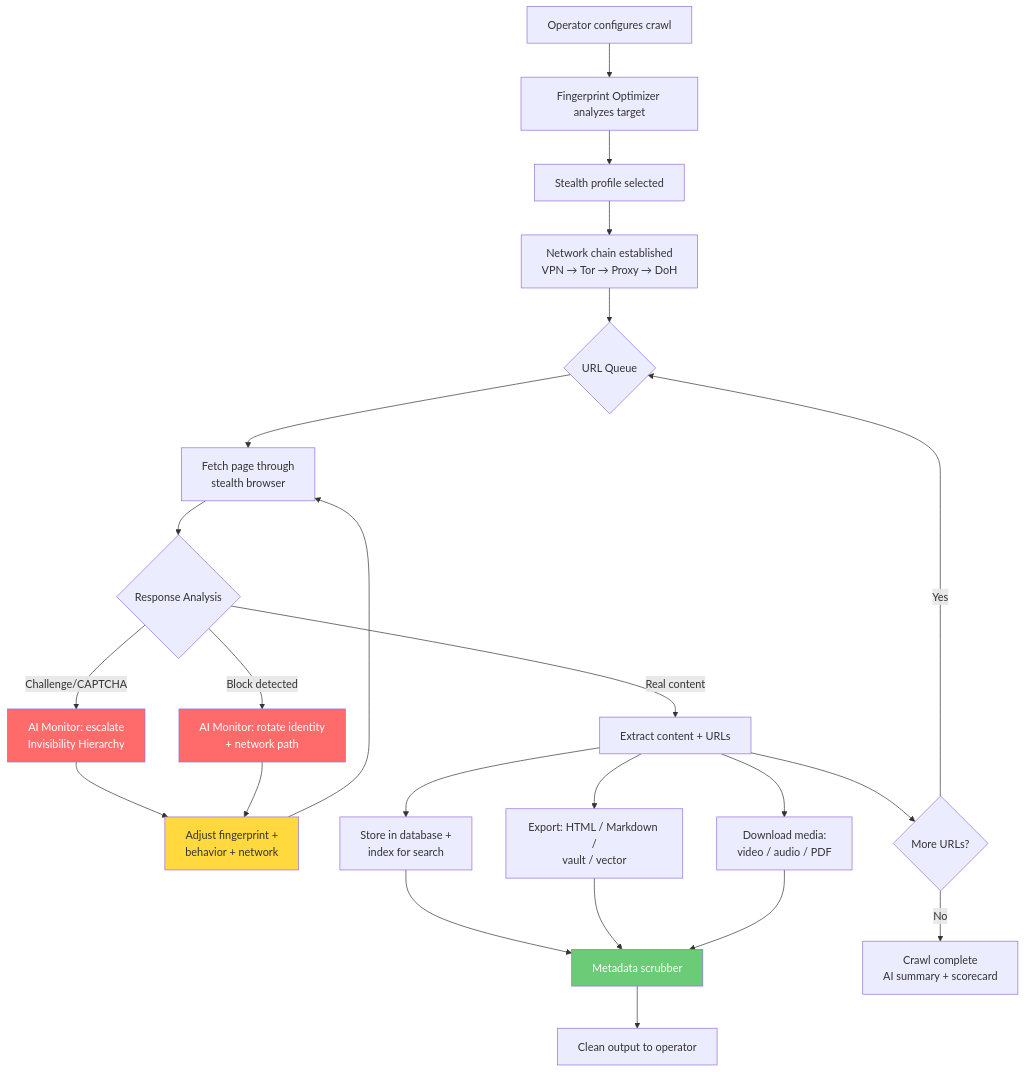
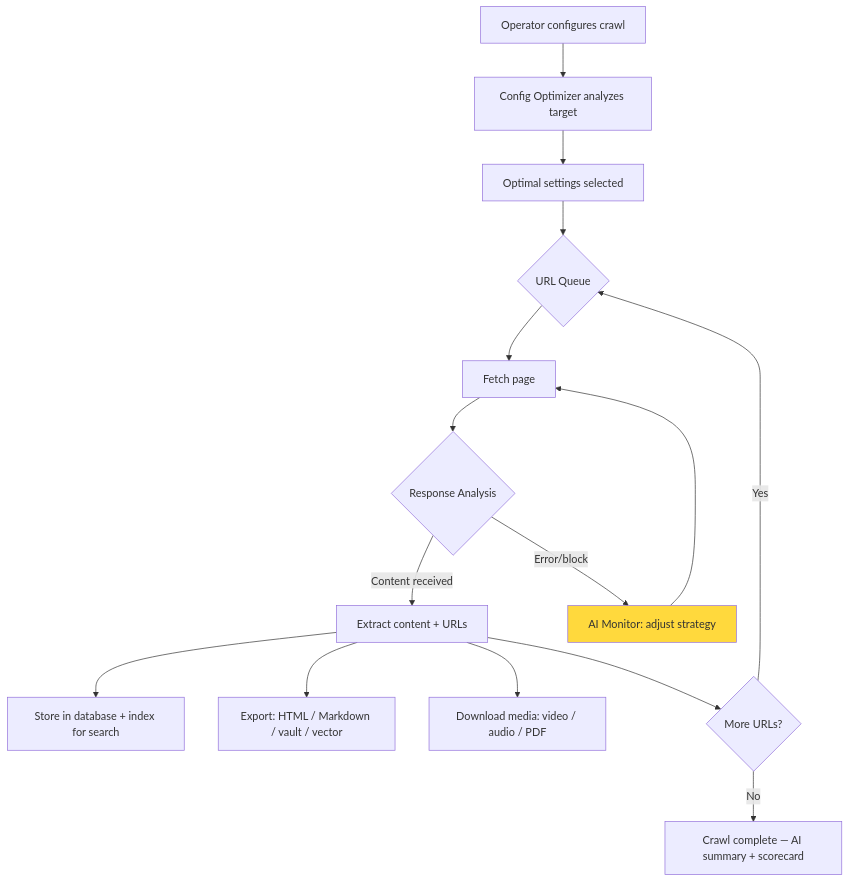
The third of 3 diagrams in ARCHITECTURE.md (TJ-Neary/Top-Crawler), drawn with Mermaid before and after one commit. The commit also changed other lines of this file and 1 other file, not shown here.

First line of the commit message:
docs: rewrite showcase content — constructive framing

````diff
--- a/ARCHITECTURE.md
+++ b/ARCHITECTURE.md
@@ -114,37 +95,24 @@
 ```mermaid
 flowchart TD
-    A[Operator configures crawl] --> B[Fingerprint Optimizer analyzes target]
-    B --> C[Stealth profile selected]
-    C --> D[Network chain established<br/>VPN → Tor → Proxy → DoH]
-    D --> E{URL Queue}
+    A[Operator configures crawl] --> B[Config Optimizer analyzes target]
+    B --> C[Optimal settings selected]
+    C --> D{URL Queue}
 
-    E --> F[Fetch page through<br/>stealth browser]
-    F --> G{Response Analysis}
+    D --> E[Fetch page]
+    E --> F{Response Analysis}
 
-    G -->|Real content| H[Extract content + URLs]
-    G -->|Challenge/CAPTCHA| I[AI Monitor: escalate<br/>Invisibility Hierarchy]
-    G -->|Block detected| J[AI Monitor: rotate identity<br/>+ network path]
+    F -->|Content received| G[Extract content + URLs]
+    F -->|Error/block| H[AI Monitor: adjust strategy]
 
-    I --> K[Adjust fingerprint +<br/>behavior + network]
-    J --> K
-    K --> F
+    H --> E
 
-    H --> L[Store in database +<br/>index for search]
-    H --> M[Export: HTML / Markdown /<br/>vault / vector]
-    H --> N[Download media:<br/>video / audio / PDF]
+    G --> I[Store in database + index for search]
+    G --> J[Export: HTML / Markdown / vault / vector]
+    G --> K[Download media: video / audio / PDF]
 
-    L --> O[Metadata scrubber]
-    M --> O
-    N --> O
+    G --> L{More URLs?}
+    L -->|Yes| D
+    L -->|No| M[Crawl complete — AI summary + scorecard]
 
-    O --> P[Clean output to operator]
-
-    H --> Q{More URLs?}
-    Q -->|Yes| E
-    Q -->|No| R[Crawl complete<br/>AI summary + scorecard]
-
-    style I fill:#ff6b6b,color:#fff
-    style J fill:#ff6b6b,color:#fff
-    style K fill:#ffd93d,color:#333
-    style O fill:#6bcb77,color:#fff
+    style H fill:#ffd93d,color:#333
 ```
````
